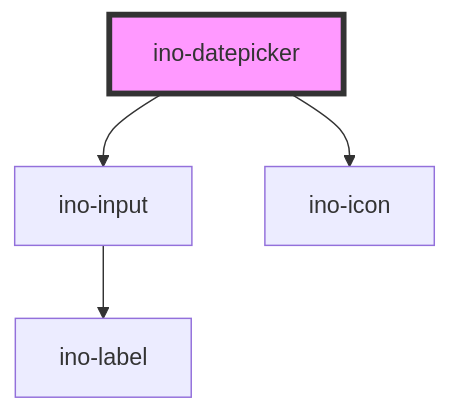
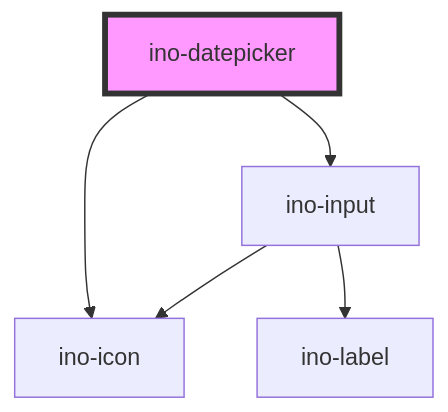
Before and after one commit to inovex/elements: the diagram in packages/elements/src/components/ino-datepicker/readme.md, drawn with Mermaid. The commit also changed 8 other files, not shown here.

Commit message:
style(elements|ino-input): change style of native number input arrows

````diff
--- a/packages/elements/src/components/ino-datepicker/readme.md
+++ b/packages/elements/src/components/ino-datepicker/readme.md
@@ -177,7 +177,8 @@
 ```mermaid
 graph TD;
   ino-datepicker --> ino-input
   ino-datepicker --> ino-icon
+  ino-input --> ino-icon
   ino-input --> ino-label
   style ino-datepicker fill:#f9f,stroke:#333,stroke-width:4px
 ```
````
